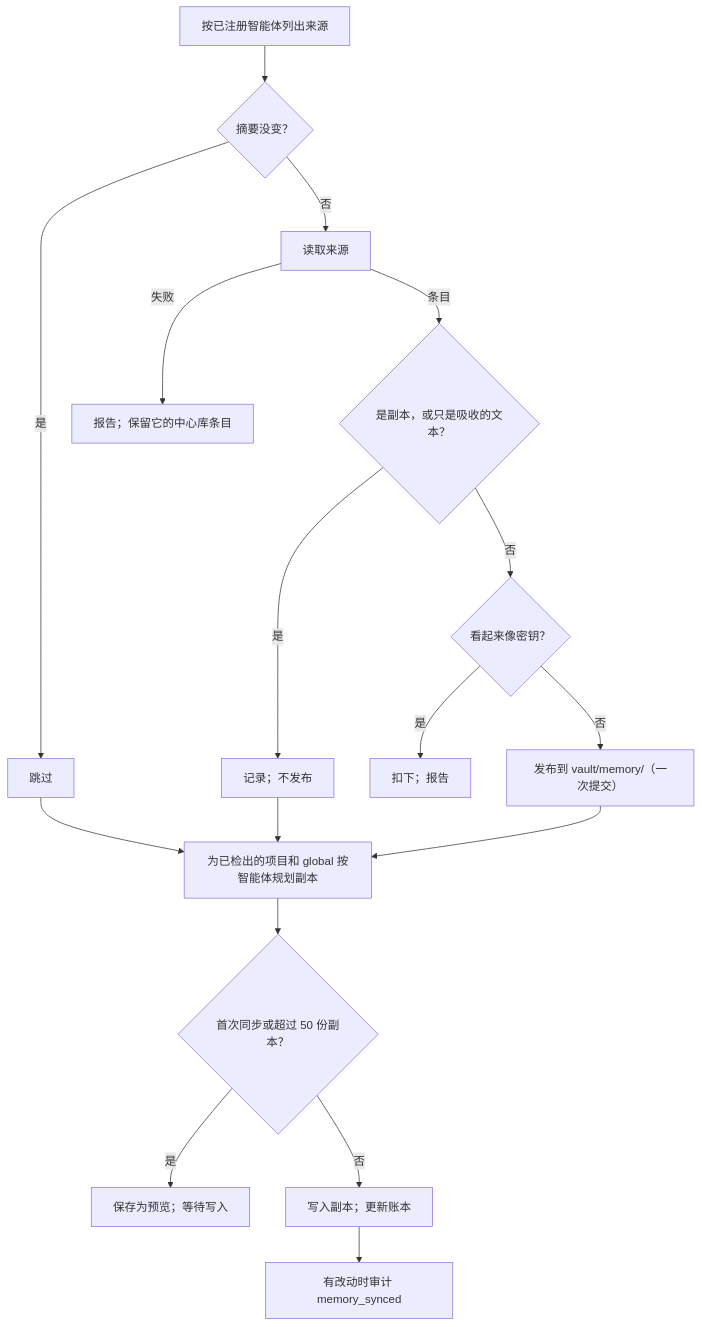
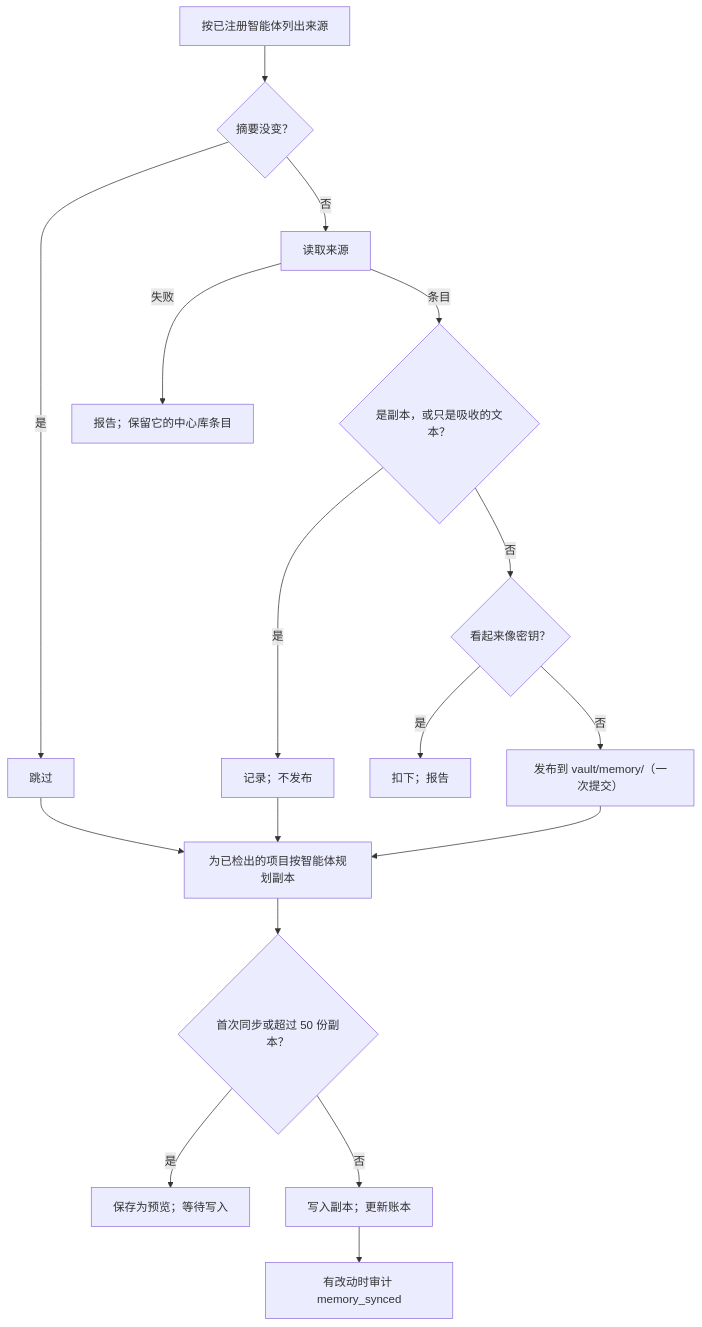
One commit to wyx-sg/Coffer changed the diagram in docs-site/zh/architecture/memory.md. Above: the diagram before and after it, drawn with Mermaid. The commit also changed other lines of this file and 77 other files, not shown here.

````diff
--- a/docs-site/zh/architecture/memory.md
+++ b/docs-site/zh/architecture/memory.md
@@ -126,19 +119,19 @@
 ```mermaid
 flowchart TD
   A["按已注册智能体列出来源"] --> B{"摘要没变？"}
   B -- 是 --> S["跳过"]
   B -- 否 --> R["读取来源"]
   R -- 失败 --> F["报告；保留它的中心库条目"]
   R -- 条目 --> E{"是副本，或只是吸收的文本？"}
   E -- 是 --> K["记录；不发布"]
   E -- 否 --> W{"看起来像密钥？"}
   W -- 是 --> H["扣下；报告"]
   W -- 否 --> P["发布到 vault/memory/（一次提交）"]
   S --> C
   K --> C
-  P --> C["为已检出的项目和 global 按智能体规划副本"]
+  P --> C["为已检出的项目按智能体规划副本"]
   C --> Q{"首次同步或超过 50 份副本？"}
   Q -- 是 --> V["保存为预览；等待写入"]
   Q -- 否 --> X["写入副本；更新账本"]
   X --> Y["有改动时审计 memory_synced"]
 ```
````
